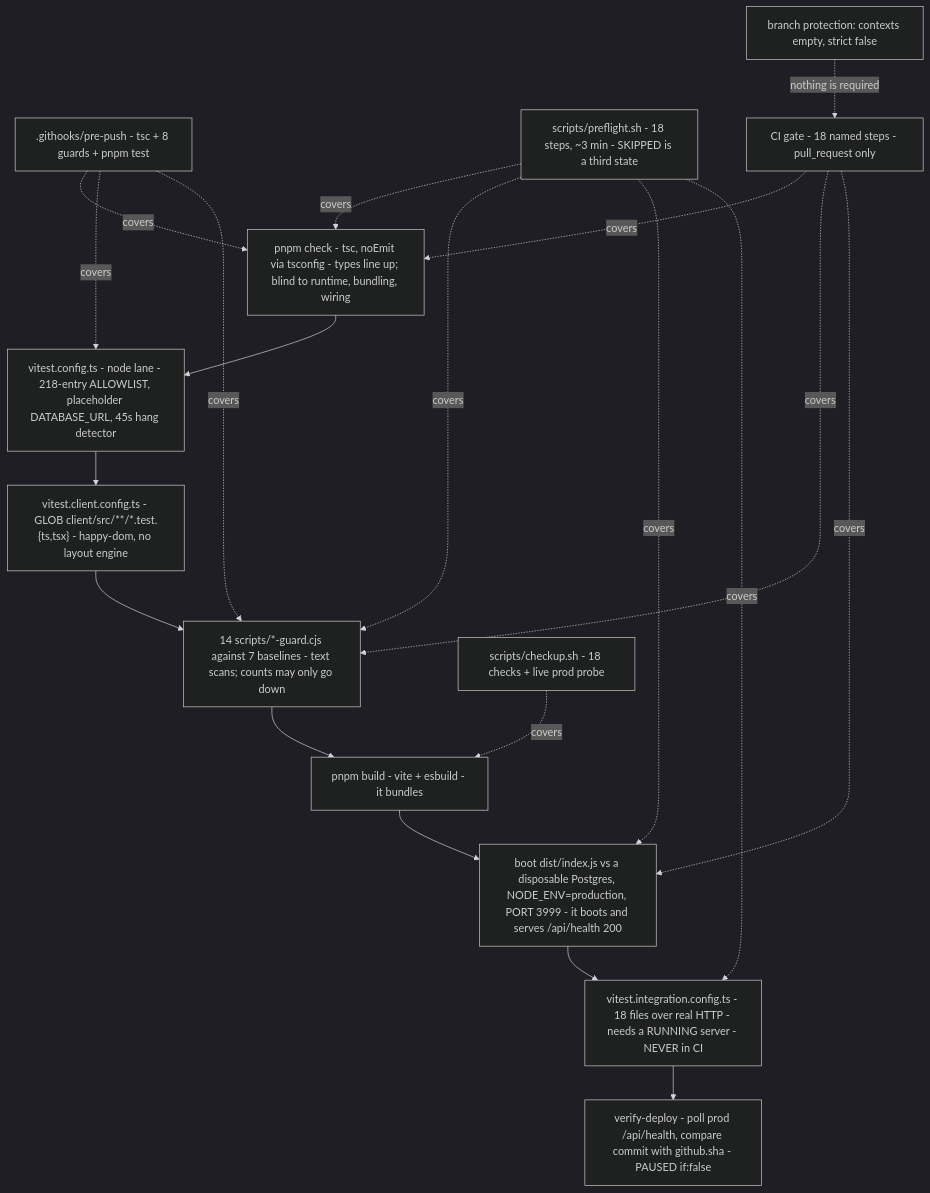
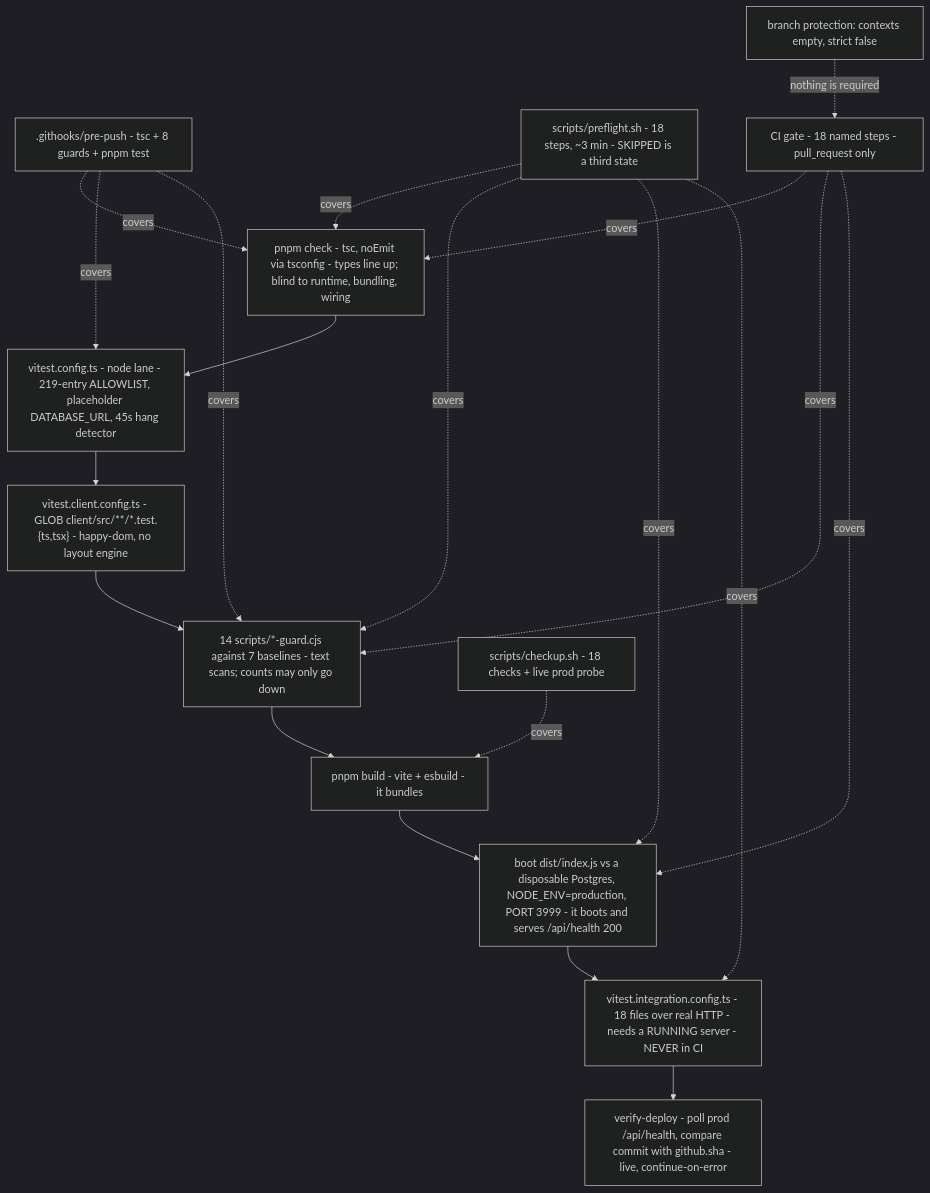
Before and after one commit to barakatammre84/Homiquity: the diagram in knowledge-base/handoff/07-test-harness-and-ci-proof.md, drawn with Mermaid (dark theme). The commit also changed other lines of this file and 19 other files, not shown here.

````diff
--- a/knowledge-base/handoff/07-test-harness-and-ci-proof.md
+++ b/knowledge-base/handoff/07-test-harness-and-ci-proof.md
@@ -42,23 +46,23 @@
 ```mermaid
 flowchart TD
   A["pnpm check - tsc, noEmit via tsconfig - types line up; blind to runtime, bundling, wiring"]
-  A --> B["vitest.config.ts - node lane - 218-entry ALLOWLIST, placeholder DATABASE_URL, 45s hang detector"]
+  A --> B["vitest.config.ts - node lane - 219-entry ALLOWLIST, placeholder DATABASE_URL, 45s hang detector"]
   B --> C["vitest.client.config.ts - GLOB client/src/**/*.test.{ts,tsx} - happy-dom, no layout engine"]
   C --> D["14 scripts/*-guard.cjs against 7 baselines - text scans; counts may only go down"]
   D --> E["pnpm build - vite + esbuild - it bundles"]
   E --> F["boot dist/index.js vs a disposable Postgres, NODE_ENV=production, PORT 3999 - it boots and serves /api/health 200"]
   F --> G["vitest.integration.config.ts - 18 files over real HTTP - needs a RUNNING server - NEVER in CI"]
-  G --> H["verify-deploy - poll prod /api/health, compare commit with github.sha - PAUSED if:false"]
+  G --> H["verify-deploy - poll prod /api/health, compare commit with github.sha - live, continue-on-error"]
   P[".githooks/pre-push - tsc + 8 guards + pnpm test"] -. covers .-> A
   P -. covers .-> B
   P -. covers .-> D
   Q["scripts/preflight.sh - 18 steps, ~3 min - SKIPPED is a third state"] -. covers .-> A
   Q -. covers .-> D
   Q -. covers .-> F
   Q -. covers .-> G
   R["CI gate - 18 named steps - pull_request only"] -. covers .-> A
   R -. covers .-> D
   R -. covers .-> F
   S["scripts/checkup.sh - 18 checks + live prod probe"] -. covers .-> E
   T["branch protection: contexts empty, strict false"] -. "nothing is required" .-> R
 ```
````
